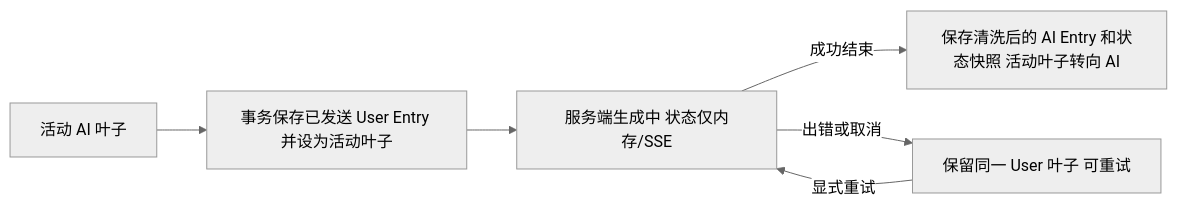
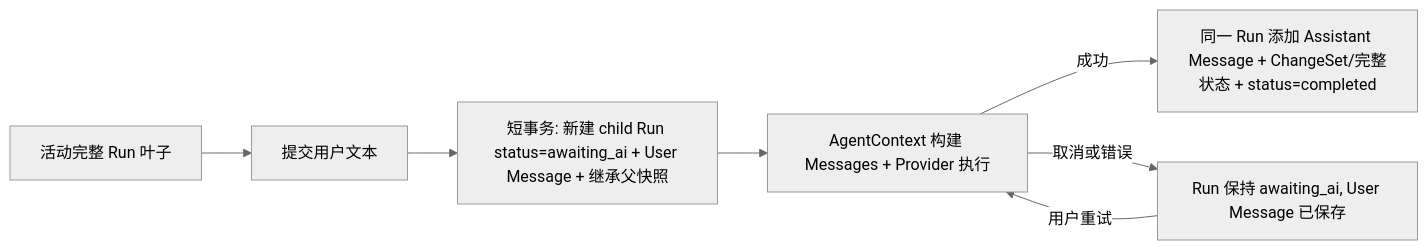
One commit to huiru-wang/SillyRealms changed the first of 2 diagrams in docs/design/session.md. Above: the diagram before and after it, drawn with Mermaid (neutral theme). The commit also changed other lines of this file and 14 other files, not shown here.

Commit message:
docs: 重构预设 Provider 双 Context 与 Run 会话设计

````diff
--- a/docs/design/session.md
+++ b/docs/design/session.md
@@ -131,8 +29,9 @@
-```mermaid
+~~~mermaid
 flowchart LR
- A[活动 AI 叶子] --> B[事务保存已发送 User Entry 并设为活动叶子]
- B --> C[服务端生成中 状态仅内存/SSE]
- C -->|成功结束| D[保存清洗后的 AI Entry 和状态快照 活动叶子转向 AI]
- C -->|出错或取消| E[保留同一 User 叶子 可重试]
- E -->|显式重试| C
-```
+ A[活动完整 Run 叶子] --> B[提交用户文本]
+ B --> C[短事务: 新建 child Run status=awaiting_ai + User Message + 继承父快照]
+ C --> D[AgentContext 构建 Messages + Provider 执行]
+ D -->|成功| E[同一 Run 添加 Assistant Message + ChangeSet/完整状态 + status=completed]
+ D -->|取消或错误| F[Run 保持 awaiting_ai, User Message 已保存]
+ F -->|用户重试| D
+~~~
````
